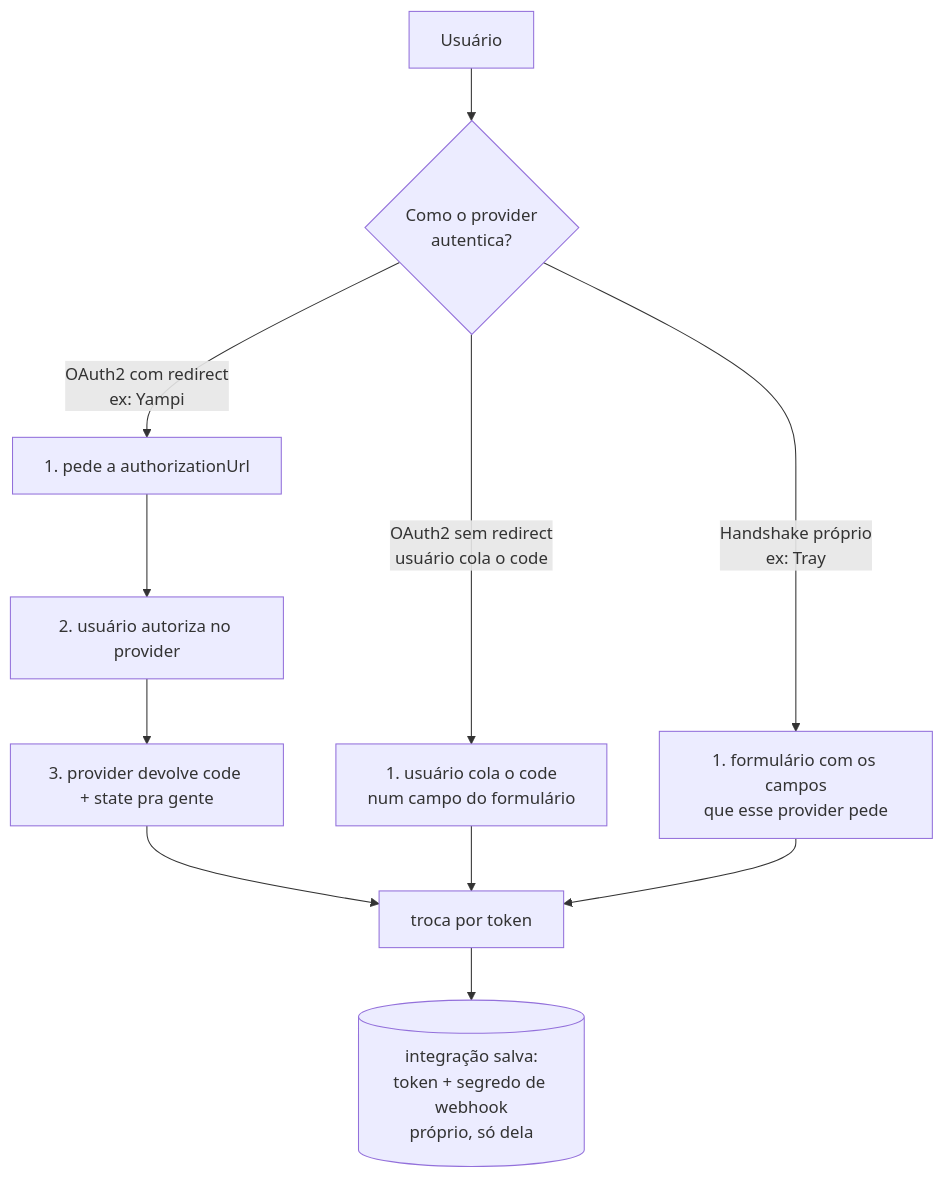
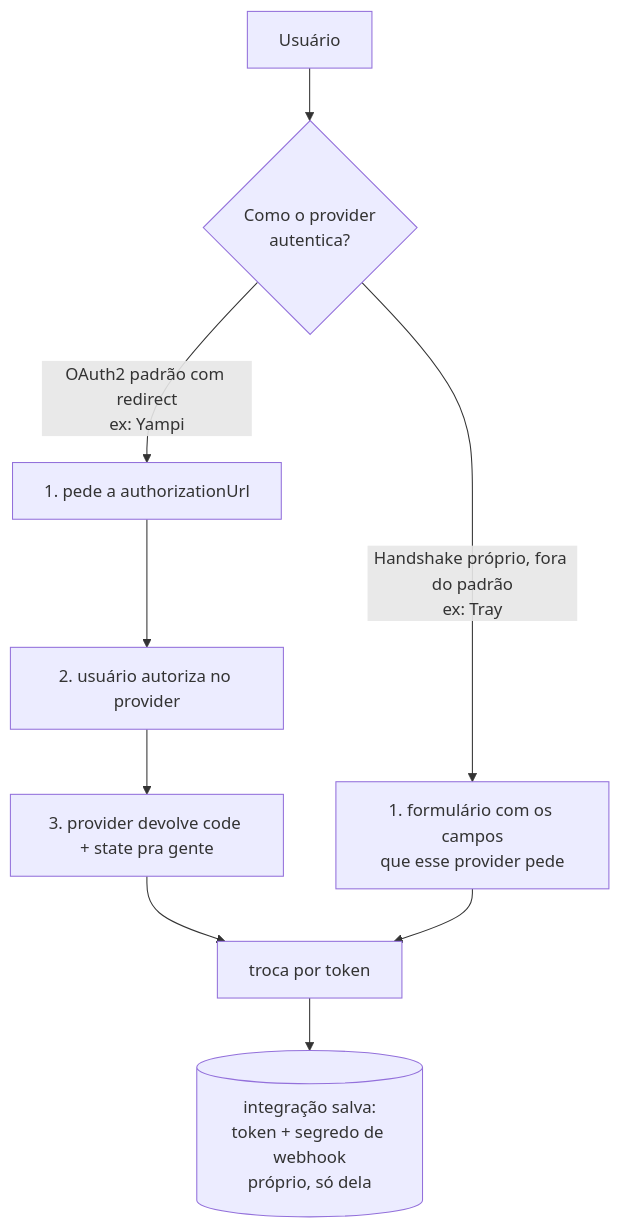
The second of 3 diagrams in README.md (arthurhzk/arch-md), drawn with Mermaid before and after one commit. The commit also changed other lines of this file, not shown here.

````diff
--- a/README.md
+++ b/README.md
@@ -68,18 +68,15 @@
 ```mermaid
 flowchart TB
     U[Usuário] --> Q{Como o provider\nautentica?}
 
-    Q -->|OAuth2 com redirect\nex: Yampi| R1[1. pede a authorizationUrl]
+    Q -->|OAuth2 padrão com redirect\nex: Yampi| R1[1. pede a authorizationUrl]
     R1 --> R2[2. usuário autoriza no provider]
     R2 --> R3[3. provider devolve code + state pra gente]
 
-    Q -->|OAuth2 sem redirect\nusuário cola o code| D1[1. usuário cola o code\nnum campo do formulário]
-
-    Q -->|Handshake próprio\nex: Tray| C1[1. formulário com os campos\nque esse provider pede]
+    Q -->|Handshake próprio, fora do padrão\nex: Tray| C1[1. formulário com os campos\nque esse provider pede]
 
     R3 --> X[troca por token]
-    D1 --> X
     C1 --> X
 
     X --> S[(integração salva:\ntoken + segredo de webhook\npróprio, só dela)]
 ```
````
